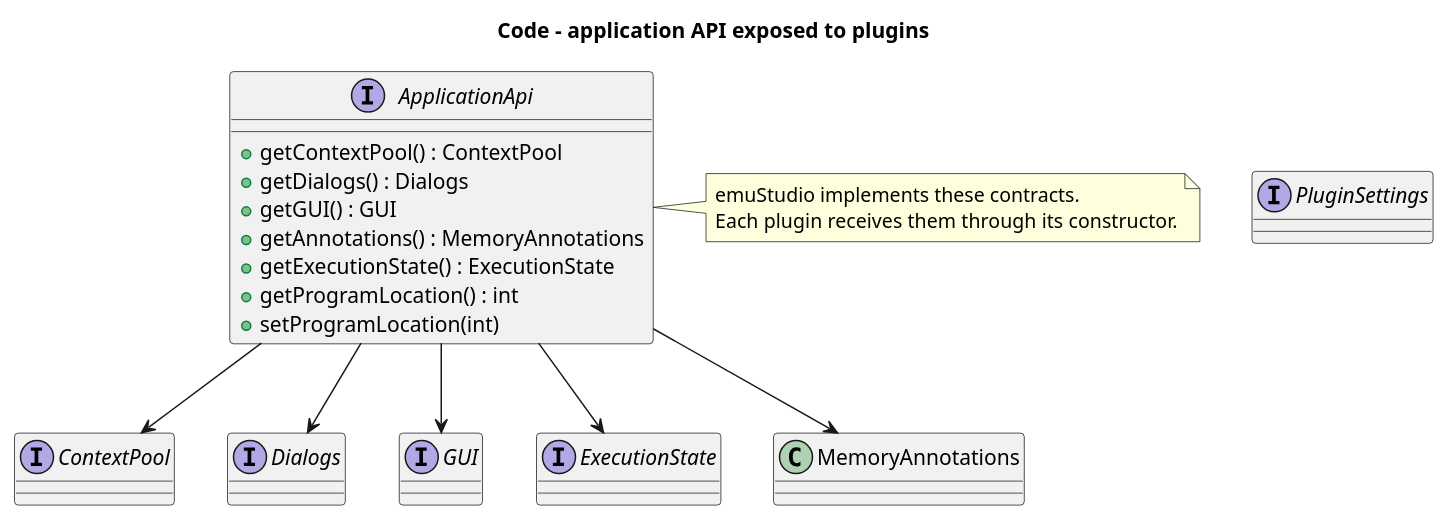
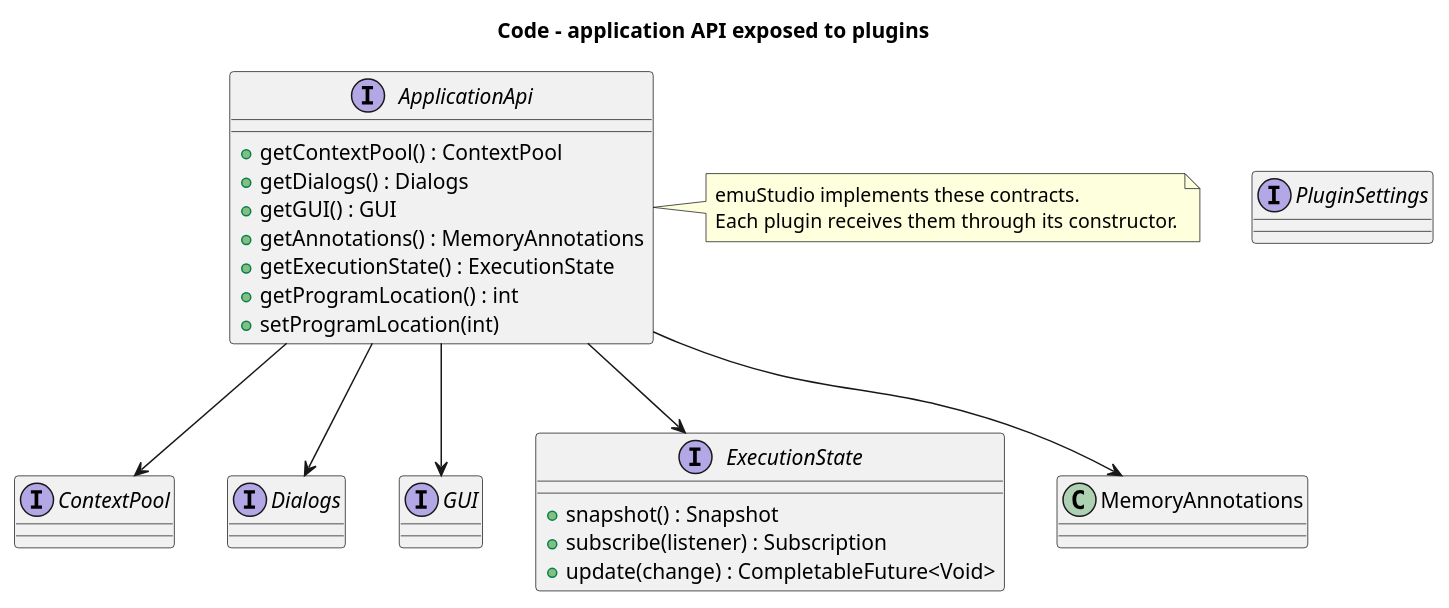
Before and after one commit to emustudio/emuLib: the sixth of 8 diagrams in docs/architecture.adoc, drawn with PlantUML. The commit also changed other lines of this file and 2 other files, not shown here.

Commit message:
[#472] Simplify execution state API and CPU boundary contract

```diff
--- a/docs/architecture.adoc
+++ b/docs/architecture.adoc
@@ -305,34 +305,38 @@
 [plantuml,c4-l4-application,svg]
 ....
 @startuml
 title Code - application API exposed to plugins
 
 interface ApplicationApi {
   +getContextPool() : ContextPool
   +getDialogs() : Dialogs
   +getGUI() : GUI
   +getAnnotations() : MemoryAnnotations
   +getExecutionState() : ExecutionState
   +getProgramLocation() : int
   +setProgramLocation(int)
 }
 
 interface ContextPool
 interface PluginSettings
 interface Dialogs
 interface GUI
-interface ExecutionState
+interface ExecutionState {
+  +snapshot() : Snapshot
+  +subscribe(listener) : Subscription
+  +update(change) : CompletableFuture<Void>
+}
 class MemoryAnnotations
 
 ApplicationApi --> ContextPool
 ApplicationApi --> Dialogs
 ApplicationApi --> GUI
 ApplicationApi --> ExecutionState
 ApplicationApi --> MemoryAnnotations
 
 note right of ApplicationApi
   emuStudio implements these contracts.
   Each plugin receives them through its constructor.
 end note
 @enduml
 ....
```
